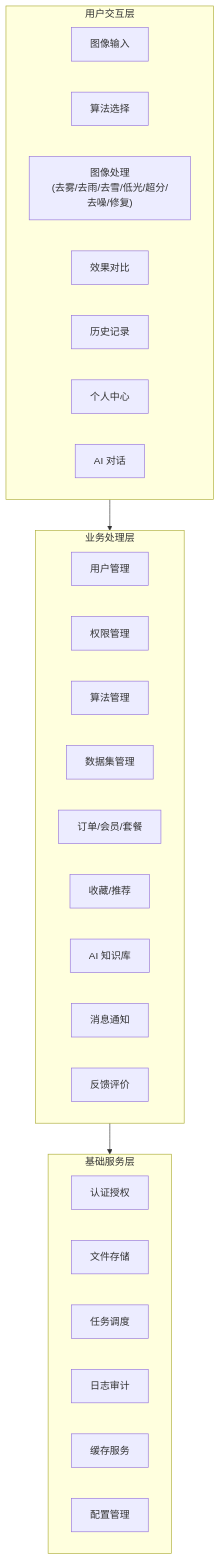
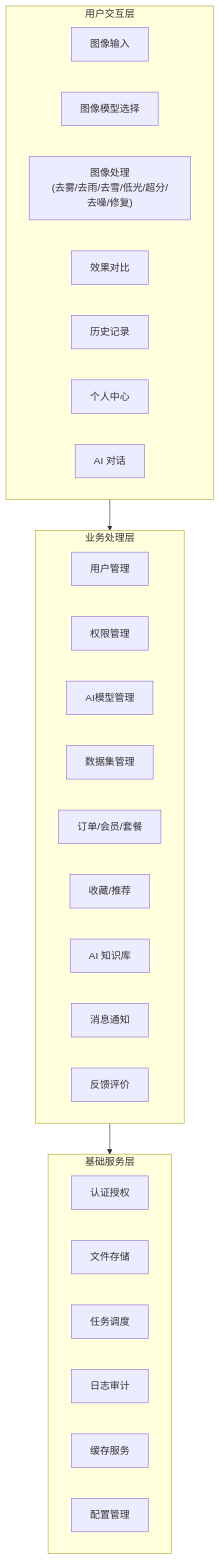
Before and after one commit to earthy-zinc/dehaze-system: the second of 5 diagrams in dehaze-doc/docs/02-系统架构/01-总体架构设计.md, drawn with Mermaid. The commit also changed other lines of this file and 239 other files, not shown here.

````diff
--- a/dehaze-doc/docs/02-系统架构/01-总体架构设计.md
+++ b/dehaze-doc/docs/02-系统架构/01-总体架构设计.md
@@ -109,39 +109,39 @@
 ```mermaid
 flowchart TB
     subgraph UserInteraction["用户交互层"]
         direction LR
         ImageInput["图像输入"]
-        AlgoSelect["算法选择"]
+        AlgoSelect["图像模型选择"]
         ImageProcess["图像处理<br/>(去雾/去雨/去雪/低光/超分/去噪/修复)"]
         Compare["效果对比"]
         History["历史记录"]
         UserCenter["个人中心"]
         AIChat["AI 对话"]
     end
 
     subgraph BusinessProcess["业务处理层"]
         direction LR
         UserMgmt["用户管理"]
         RoleMgmt["权限管理"]
-        AlgoMgmt["算法管理"]
+        AlgoMgmt["AI模型管理"]
         DatasetMgmt["数据集管理"]
         OrderMgmt["订单/会员/套餐"]
         FavoriteMgmt["收藏/推荐"]
         KnowledgeMgmt["AI 知识库"]
         MsgMgmt["消息通知"]
         RatingMgmt["反馈评价"]
     end
 
     subgraph Foundation["基础服务层"]
         direction LR
         AuthService["认证授权"]
         FileService["文件存储"]
         TaskService["任务调度"]
         LogService["日志审计"]
         CacheService["缓存服务"]
         ConfigService["配置管理"]
     end
 
     UserInteraction --> BusinessProcess
     BusinessProcess --> Foundation
 ```
````
